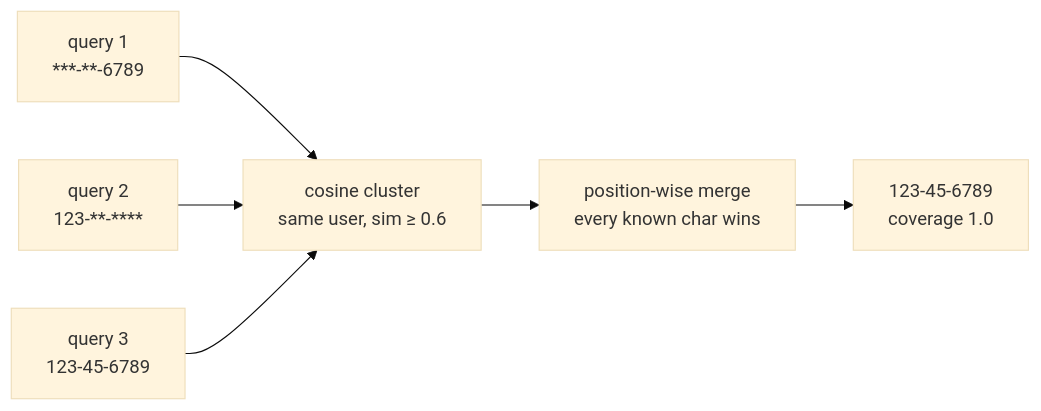
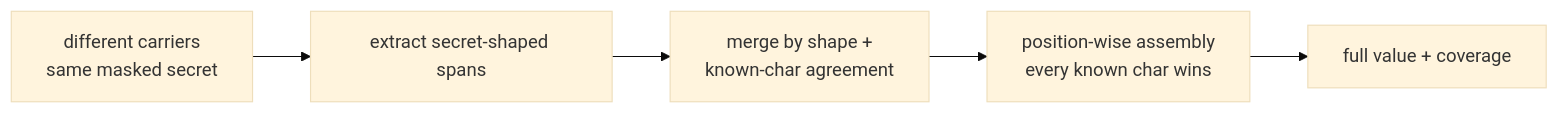
One commit to harishgovardhandamodar/intelligence-forensics changed the second of 2 diagrams in design/simulation.md. Above: the diagram before and after it, drawn with Mermaid (base theme). The commit also changed other lines of this file and 8 other files, not shown here.

````diff
--- a/design/simulation.md
+++ b/design/simulation.md
@@ -40,8 +45,7 @@
 ```mermaid
 flowchart LR
-    Q1["query 1<br/>***-**-6789"] --> C["cosine cluster<br/>same user, sim ≥ 0.6"]
-    Q2["query 2<br/>123-**-****"] --> C
-    Q3["query 3<br/>123-45-6789"] --> C
-    C --> A["position-wise merge<br/>every known char wins"]
-    A --> S["123-45-6789<br/>coverage 1.0"]
+    Q1["different carriers<br/>same masked secret"] --> X["extract secret-shaped spans"]
+    X --> G["merge by shape +<br/>known-char agreement"]
+    G --> A["position-wise assembly<br/>every known char wins"]
+    A --> S["full value + coverage"]
 ```
````
